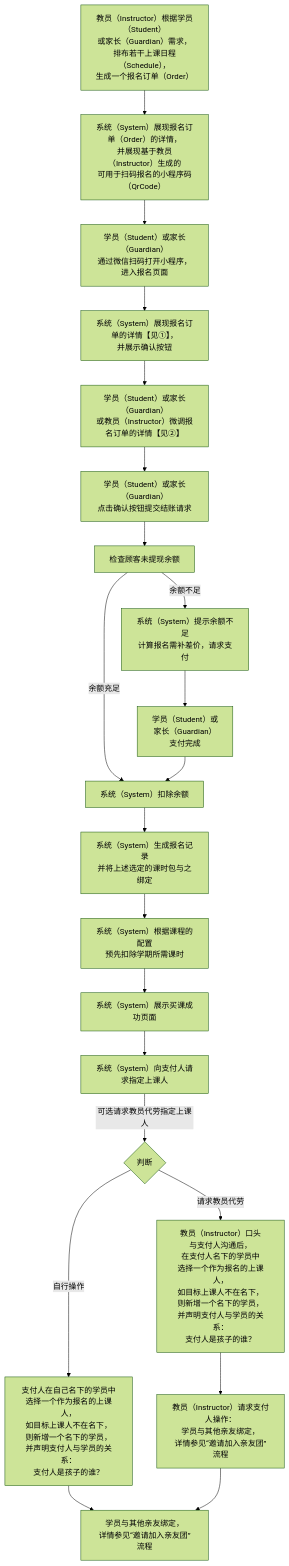
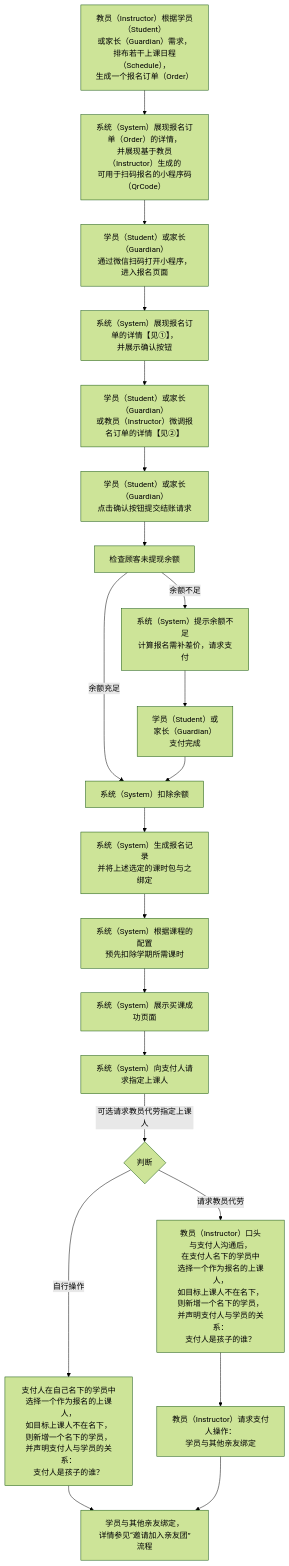
One commit to world-wide-web/sign changed the diagram in 模块/报名/用例/报名.md. Above: the diagram before and after it, drawn with Mermaid (forest theme). The commit also changed other lines of this file, not shown here.

````diff
--- a/模块/报名/用例/报名.md
+++ b/模块/报名/用例/报名.md
@@ -7,60 +7,60 @@
 ```mermaid
 graph TD
 
 生成报名订单-->生成报名码
 生成报名码-->扫码报名
 扫码报名-->展现报名订单
 展现报名订单-->微调报名订单
 微调报名订单-->确认并提交结账请求
 确认并提交结账请求-->检查顾客未提现余额
 检查顾客未提现余额--余额充足-->扣除余额
 检查顾客未提现余额--余额不足-->请求支付
 请求支付-->支付完成
 支付完成-->扣除余额
 扣除余额-->生成报名记录
 生成报名记录-->预扣除课时
 预扣除课时-->提示买课成功
 提示买课成功-->请求身份声明
 请求身份声明--可选请求教员代劳指定上课人-->是否请求教员代劳指定上课人
 是否请求教员代劳指定上课人--请求教员代劳-->教员代理身份声明
 是否请求教员代劳指定上课人--自行操作-->指定上课人
 指定上课人-->学员与其他家长绑定
 教员代理身份声明-->请求绑定学员与其他家长
 请求绑定学员与其他家长-->学员与其他家长绑定
 
 生成报名订单["<center>教员（Instructor）根据学员（Student）<br>或家长（Guardian）需求，<br>排布若干上课日程（Schedule），<br>生成一个报名订单（Order）</center>"]
 
 生成报名码["<center>系统（System）展现报名订单（Order）的详情，<br>并展现基于教员（Instructor）生成的<br>可用于扫码报名的小程序码（QrCode）</center>"]
 
 扫码报名["<center>学员（Student）或家长（Guardian）<br>通过微信扫码打开小程序，进入报名页面</center>"]
 
 展现报名订单["<center>系统（System）展现报名订单的详情【见①】，<br>并展示确认按钮</center>"]
 
 微调报名订单["<center>学员（Student）或家长（Guardian）<br>或教员（Instructor）微调报名订单的详情【见②】</center>"]
 
 确认并提交结账请求["<center>学员（Student）或家长（Guardian）<br>点击确认按钮提交结账请求</center>"]
 
 请求支付["<center>系统（System）提示余额不足<br>计算报名需补差价，请求支付</center>"]
 
 支付完成["<center>学员（Student）或<br>家长（Guardian）<br>支付完成</center>"]
 
 扣除余额["<center>系统（System）扣除余额</center>"]
 
 生成报名记录["<center>系统（System）生成报名记录<br>并将上述选定的课时包与之绑定</center>"]
 
 预扣除课时["<center>系统（System）根据课程的配置<br>预先扣除学期所需课时</center>"]
 
 提示买课成功["<center>系统（System）展示买课成功页面</center>"]
 
 请求身份声明["<center>系统（System）向支付人请求指定上课人</center>"]
 
 指定上课人["<center>支付人在自己名下的学员中<br>选择一个作为报名的上课人，<br>如目标上课人不在名下，<br>则新增一个名下的学员，<br>并声明支付人与学员的关系：<br>支付人是孩子的谁？</center>"]
 
 是否请求教员代劳指定上课人{判断}
 
 教员代理身份声明["<center>教员（Instructor）口头<br>与支付人沟通后，<br>在支付人名下的学员中<br>选择一个作为报名的上课人，<br>如目标上课人不在名下，<br>则新增一个名下的学员，<br>并声明支付人与学员的关系：<br>支付人是孩子的谁？</center>"]
 
-请求绑定学员与其他家长["<center>教员（Instructor）请求支付人操作：<br>学员与其他亲友绑定，<br>详情参见“邀请加入亲友团”流程</center>"]
+请求绑定学员与其他家长["<center>教员（Instructor）请求支付人操作：<br>学员与其他亲友绑定</center>"]
 
 学员与其他家长绑定["<center>学员与其他亲友绑定，<br>详情参见“邀请加入亲友团”流程</center>"]
 ```
````
